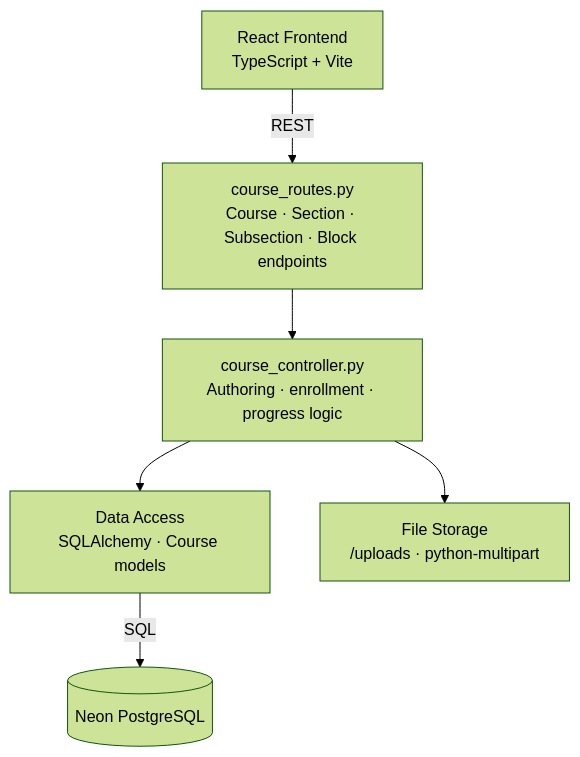
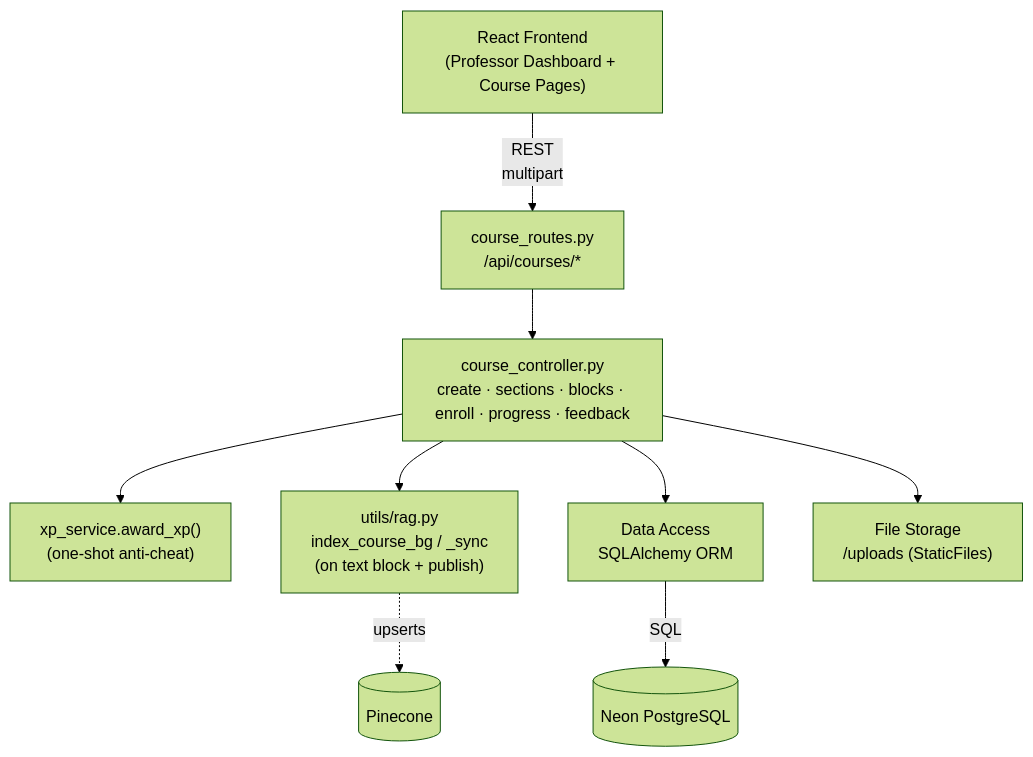
One commit to yazidha09/Hub4Learners changed the first of 4 diagrams in docs/sprints/SPRINT_2.md. Above: the diagram before and after it, drawn with Mermaid (forest theme). The commit also changed other lines of this file and 5 other files, not shown here.

````diff
--- a/docs/sprints/SPRINT_2.md
+++ b/docs/sprints/SPRINT_2.md
@@ -42,8 +47,11 @@
 ```mermaid
 graph TD
-    A["React Frontend\nTypeScript + Vite"] -->|REST| B["course_routes.py\nCourse · Section · Subsection · Block endpoints"]
-    B --> C["course_controller.py\nAuthoring · enrollment · progress logic"]
-    C --> D["Data Access\nSQLAlchemy · Course models"]
-    C --> E["File Storage\n/uploads · python-multipart"]
-    D -->|SQL| F[("Neon PostgreSQL")]
+    A["React Frontend<br/>(Professor Dashboard + Course Pages)"] -->|REST<br/>multipart| B["course_routes.py<br/>/api/courses/*"]
+    B --> C["course_controller.py<br/>create · sections · blocks · enroll · progress · feedback"]
+    C --> D["xp_service.award_xp()<br/>(one-shot anti-cheat)"]
+    C --> E["utils/rag.py<br/>index_course_bg / _sync<br/>(on text block + publish)"]
+    C --> F["Data Access<br/>SQLAlchemy ORM"]
+    C --> G["File Storage<br/>/uploads (StaticFiles)"]
+    F -->|SQL| H[("Neon PostgreSQL")]
+    E -.->|upserts| I[("Pinecone")]
 ```
````
